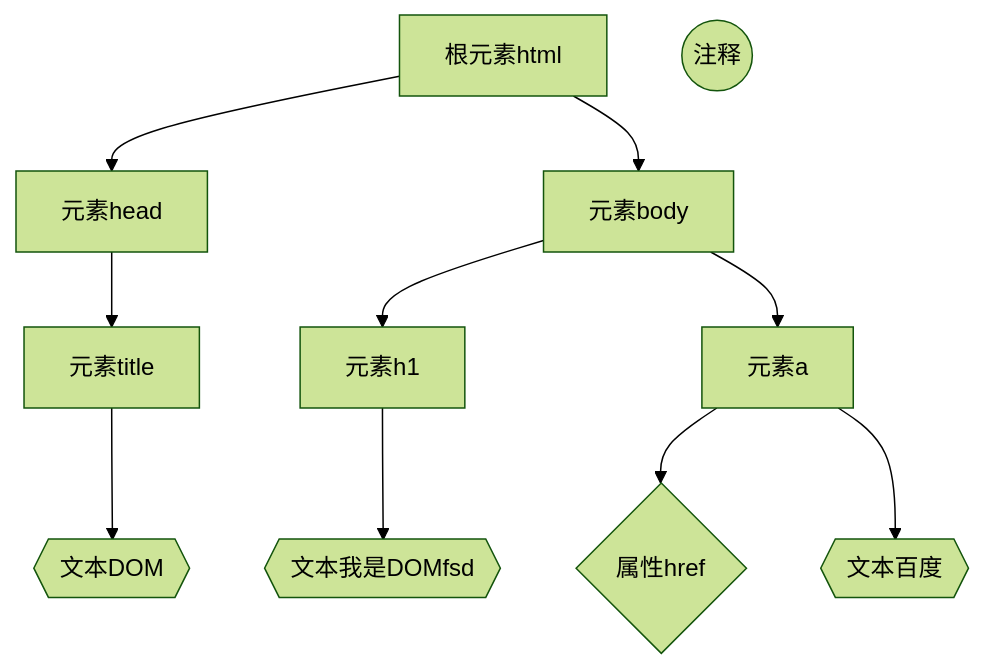
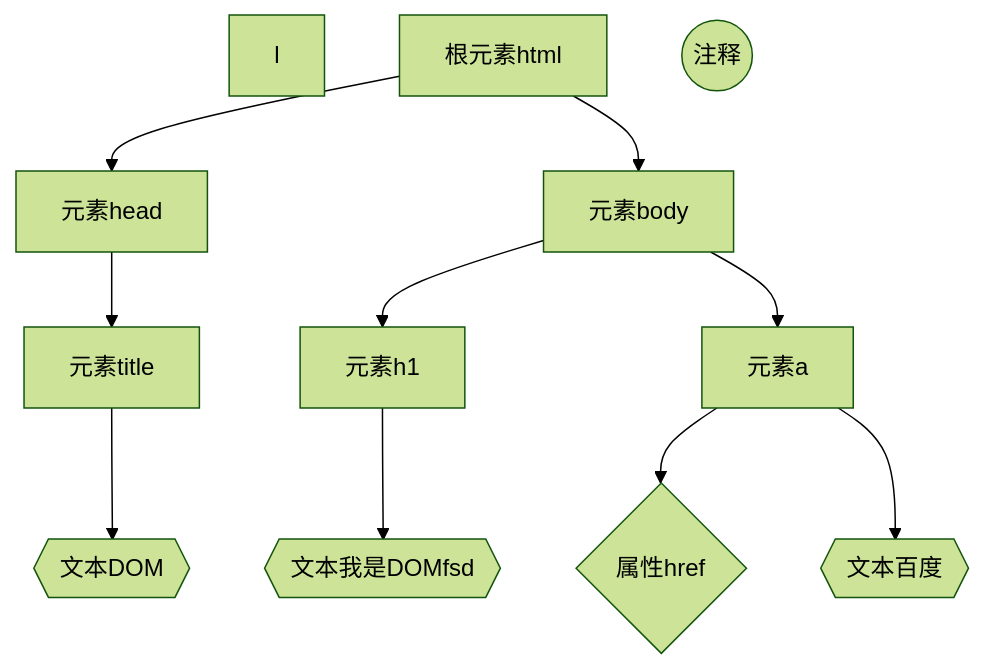
The diagram in 计算机/JavaWeb/前端/JavaScript.md (poppop9/obsidian), drawn with Mermaid (forest theme) before and after one commit.

Commit message:
vault backup: 2023-09-13 19:39:19

````diff
--- a/计算机/JavaWeb/前端/JavaScript.md
+++ b/计算机/JavaWeb/前端/JavaScript.md
@@ -304,8 +304,9 @@
 ```mermaid
 graph TB
+	l
 	a[根元素html]-->b[元素head]-->d[元素title]-->e{{文本DOM}}
 	a-->c[元素body]-->f[元素h1]-->h{{文本我是DOMfsd}}
 	c-->g[元素a]-->i{属性href}
 	g-->j{{文本百度}}
 	k((注释))
 ```
````
